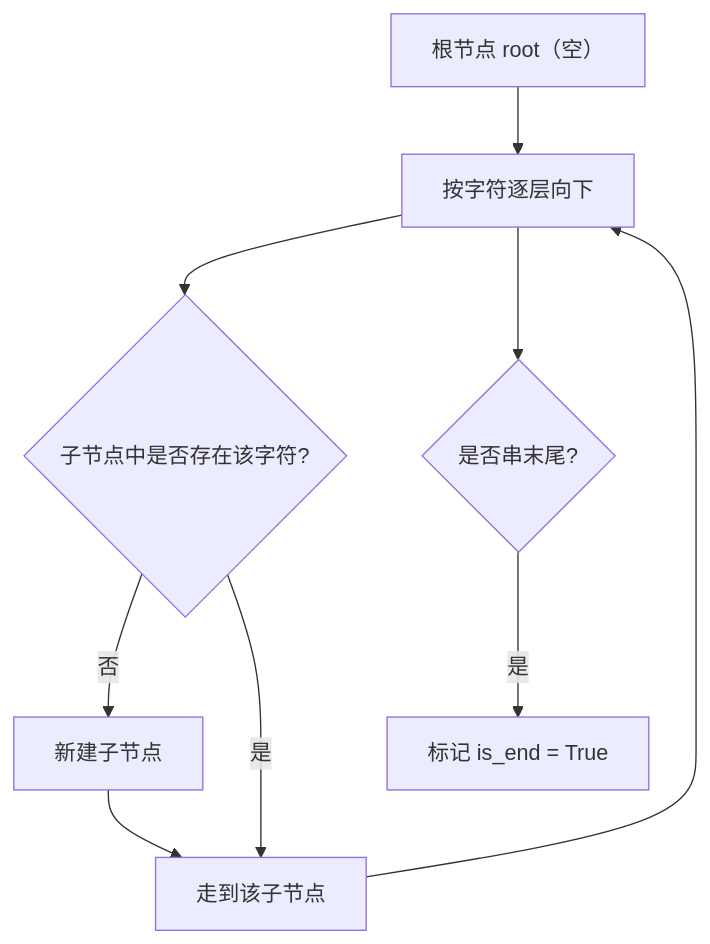
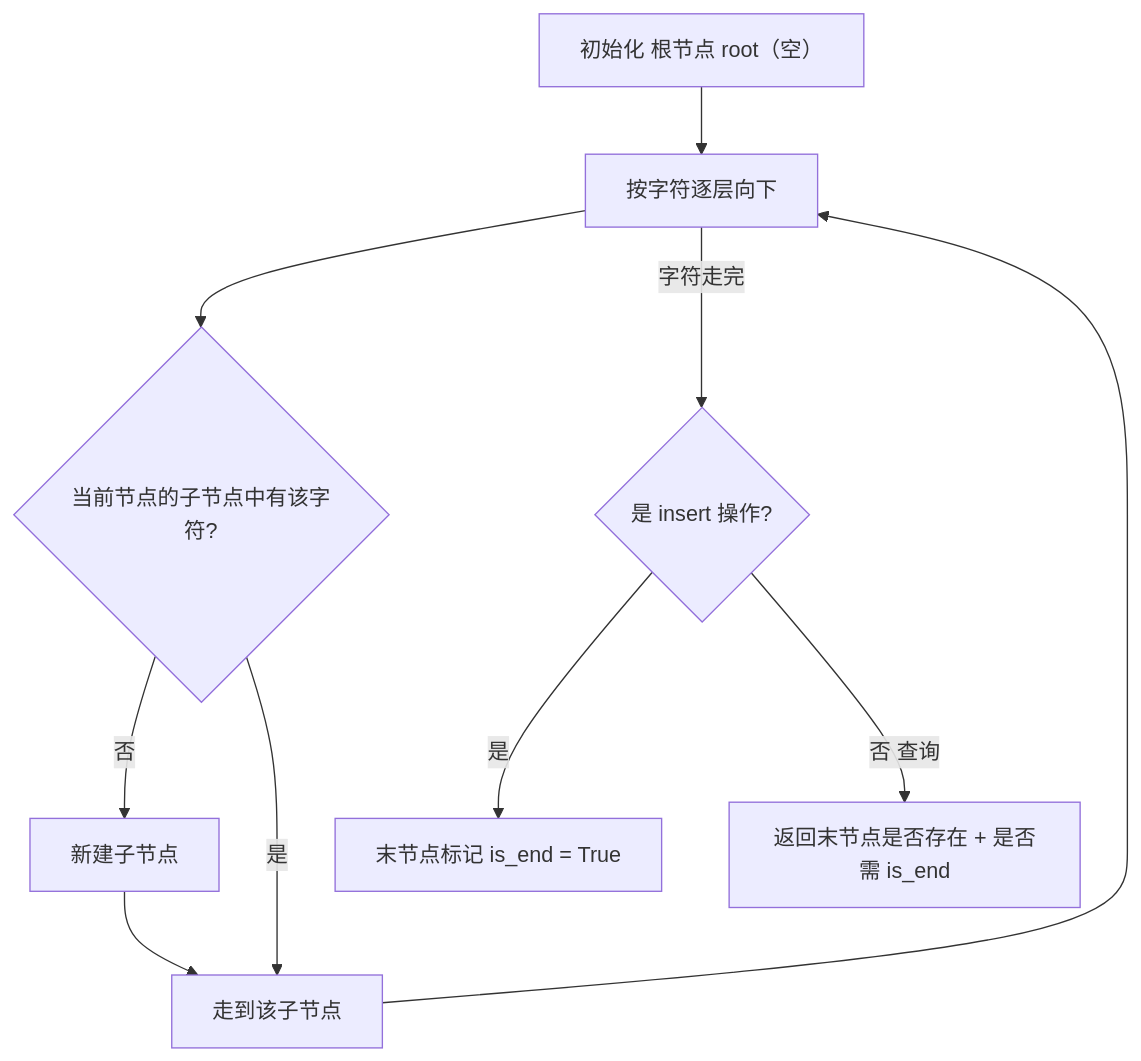
The first of 2 diagrams in 10-图论/0208-实现Trie_前缀树.md (OctalZero/hot100-py), drawn with Mermaid before and after one commit. The commit also changed other lines of this file and 117 other files, not shown here.

First line of the commit message:
feat: 全题解配图升级为「动画式 mermaid」（总览骨架 + 横向时间线逐步推演）

````diff
--- a/10-图论/0208-实现Trie_前缀树.md
+++ b/10-图论/0208-实现Trie_前缀树.md
@@ -25,11 +25,12 @@
 ```mermaid
 flowchart TD
-    A["根节点 root（空）"] --> B["按字符逐层向下"]
-    B --> C{"子节点中是否存在该字符?"}
-    C -- "否" --> D["新建子节点"]
-    C -- "是" --> E["走到该子节点"]
+    A["初始化 根节点 root（空）"] --> B["按字符逐层向下"]
+    B --> C{"当前节点的子节点中有该字符?"}
+    C -->|"否"| D["新建子节点"]
+    C -->|"是"| E["走到该子节点"]
     D --> E
     E --> B
-    B --> F{"是否串末尾?"}
-    F -- "是" --> G["标记 is_end = True"]
+    B -->|"字符走完"| F{"是 insert 操作?"}
+    F -->|"是"| G["末节点标记 is_end = True"]
+    F -->|"否 查询"| H["返回末节点是否存在 + 是否需 is_end"]
 ```
````
